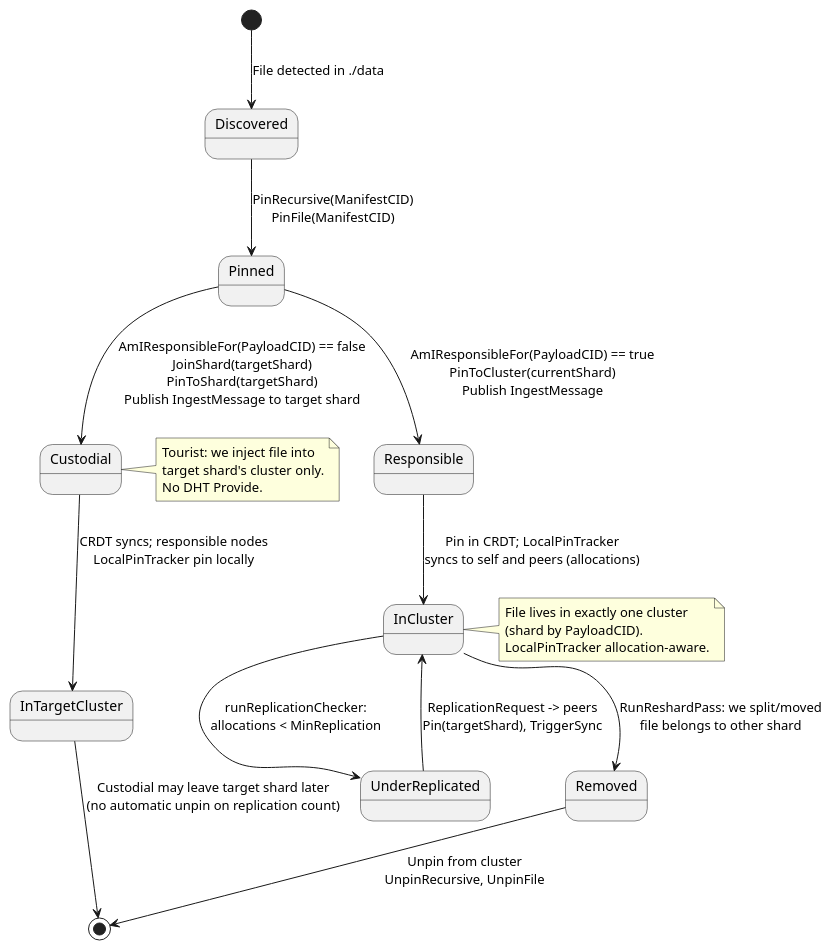
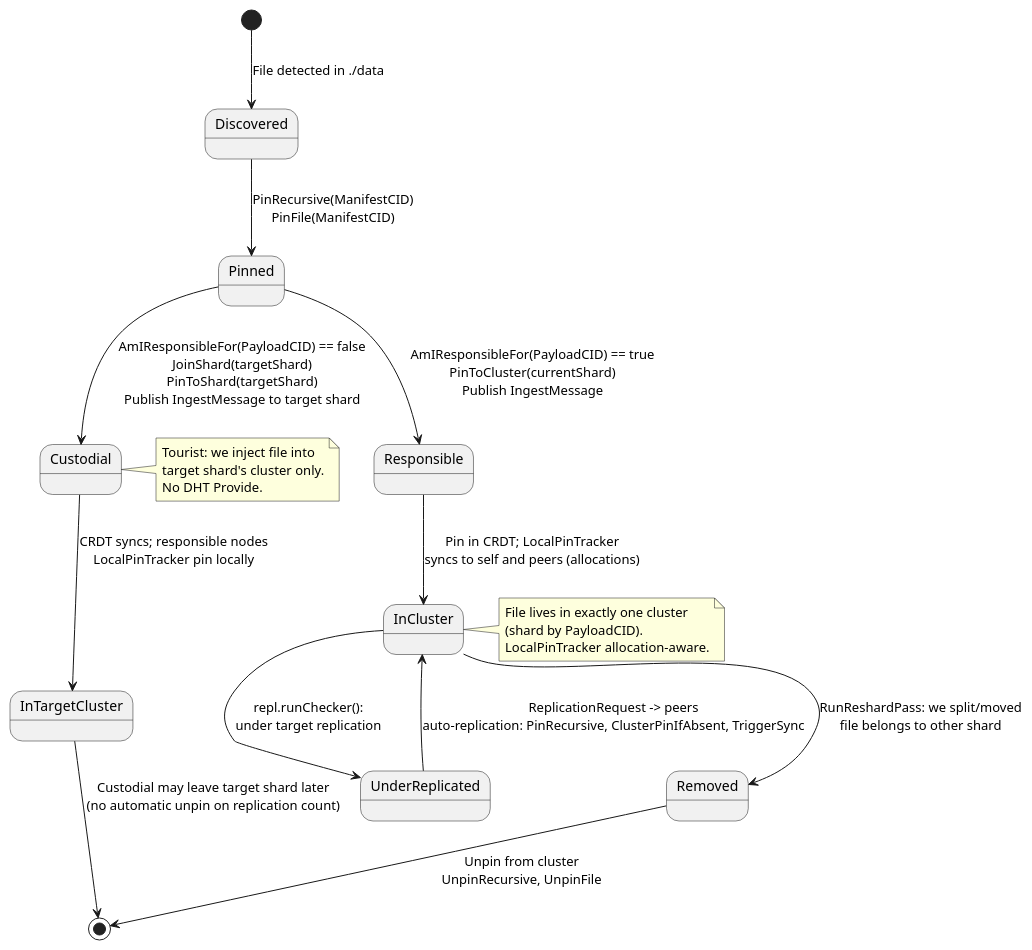
One commit to gipplab/D-LOCKSS changed the diagram in docs/file_lifecycle_state.puml. Above: the diagram before and after it, drawn with PlantUML. The commit also changed 81 other files, not shown here.

```diff
--- a/docs/file_lifecycle_state.puml
+++ b/docs/file_lifecycle_state.puml
@@ -1,34 +1,34 @@
 @startuml File Lifecycle State Diagram
 
 [*] --> Discovered: File detected in ./data
 
 Discovered --> Pinned: PinRecursive(ManifestCID)\nPinFile(ManifestCID)
 
 Pinned --> Responsible: AmIResponsibleFor(PayloadCID) == true\nPinToCluster(currentShard)\nPublish IngestMessage
 Pinned --> Custodial: AmIResponsibleFor(PayloadCID) == false\nJoinShard(targetShard)\nPinToShard(targetShard)\nPublish IngestMessage to target shard
 
 Custodial --> InTargetCluster: CRDT syncs; responsible nodes\nLocalPinTracker pin locally
 
 Responsible --> InCluster: Pin in CRDT; LocalPinTracker\nsyncs to self and peers (allocations)
 
-InCluster --> UnderReplicated: runReplicationChecker:\nallocations < MinReplication
-UnderReplicated --> InCluster: ReplicationRequest -> peers\nPin(targetShard), TriggerSync
+InCluster --> UnderReplicated: repl.runChecker():\nunder target replication
+UnderReplicated --> InCluster: ReplicationRequest -> peers\nauto-replication: PinRecursive, ClusterPinIfAbsent, TriggerSync
 
 InCluster --> Removed: RunReshardPass: we split/moved\nfile belongs to other shard
 Removed --> [*]: Unpin from cluster\nUnpinRecursive, UnpinFile
 
 InTargetCluster --> [*]: Custodial may leave target shard later\n(no automatic unpin on replication count)
 
 note right of Custodial
     Tourist: we inject file into
     target shard's cluster only.
     No DHT Provide.
 end note
 
 note right of InCluster
     File lives in exactly one cluster
     (shard by PayloadCID).
     LocalPinTracker allocation-aware.
 end note
 
 @enduml
```
